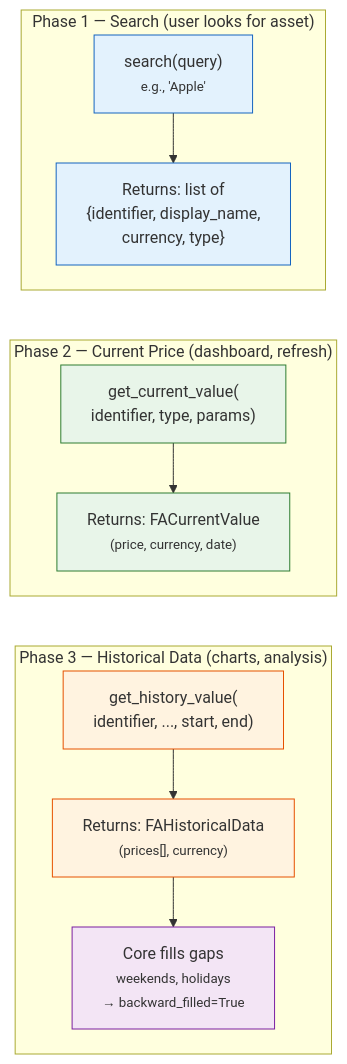
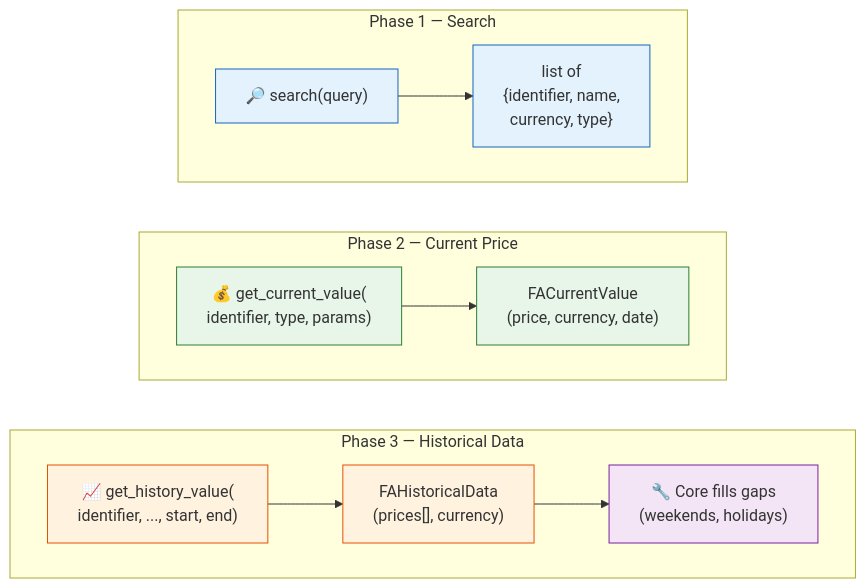
Before and after one commit to Librefolio/LibreFolio: the diagram in mkdocs_src/docs/developer/architecture/patterns/asset_plugin_guide.md, drawn with Mermaid. The commit also changed other lines of this file and 20 other files, not shown here.

````diff
--- a/mkdocs_src/docs/developer/architecture/patterns/asset_plugin_guide.md
+++ b/mkdocs_src/docs/developer/architecture/patterns/asset_plugin_guide.md
@@ -15,26 +15,31 @@
 ```mermaid
 graph TD
-    subgraph "Phase 1 — Search (user looks for asset)"
-        S1["search(query)<br/><small>e.g., 'Apple'</small>"] --> S2["Returns: list of<br/>{identifier, display_name,<br/>currency, type}"]
+    subgraph P1["Phase 1 — Search"]
+        S1["🔎 search(query)"]
+        S2["list of<br/>{identifier, name,<br/>currency, type}"]
+        S1 --> S2
     end
 
-    subgraph "Phase 2 — Current Price (dashboard, refresh)"
-        C1["get_current_value(<br/>identifier, type, params)"] --> C2["Returns: FACurrentValue<br/><small>(price, currency, date)</small>"]
+    subgraph P2["Phase 2 — Current Price"]
+        C1["💰 get_current_value(<br/>identifier, type, params)"]
+        C2["FACurrentValue<br/>(price, currency, date)"]
+        C1 --> C2
     end
 
-    subgraph "Phase 3 — Historical Data (charts, analysis)"
-        H1["get_history_value(<br/>identifier, ..., start, end)"] --> H2["Returns: FAHistoricalData<br/><small>(prices[], currency)</small>"]
-        H2 --> H3["Core fills gaps<br/><small>weekends, holidays<br/>→ backward_filled=True</small>"]
+    subgraph P3["Phase 3 — Historical Data"]
+        H1["📈 get_history_value(<br/>identifier, ..., start, end)"]
+        H2["FAHistoricalData<br/>(prices[], currency)"]
+        H3["🔧 Core fills gaps<br/>(weekends, holidays)"]
+        H1 --> H2 --> H3
     end
 
-    S2 ~~~ C1
-    C2 ~~~ H1
+    P1 ~~~ P2 ~~~ P3
 
     style S1 fill:#e3f2fd,stroke:#1565c0
     style S2 fill:#e3f2fd,stroke:#1565c0
     style C1 fill:#e8f5e9,stroke:#2e7d32
     style C2 fill:#e8f5e9,stroke:#2e7d32
     style H1 fill:#fff3e0,stroke:#e65100
     style H2 fill:#fff3e0,stroke:#e65100
     style H3 fill:#f3e5f5,stroke:#7b1fa2
 ```
````
